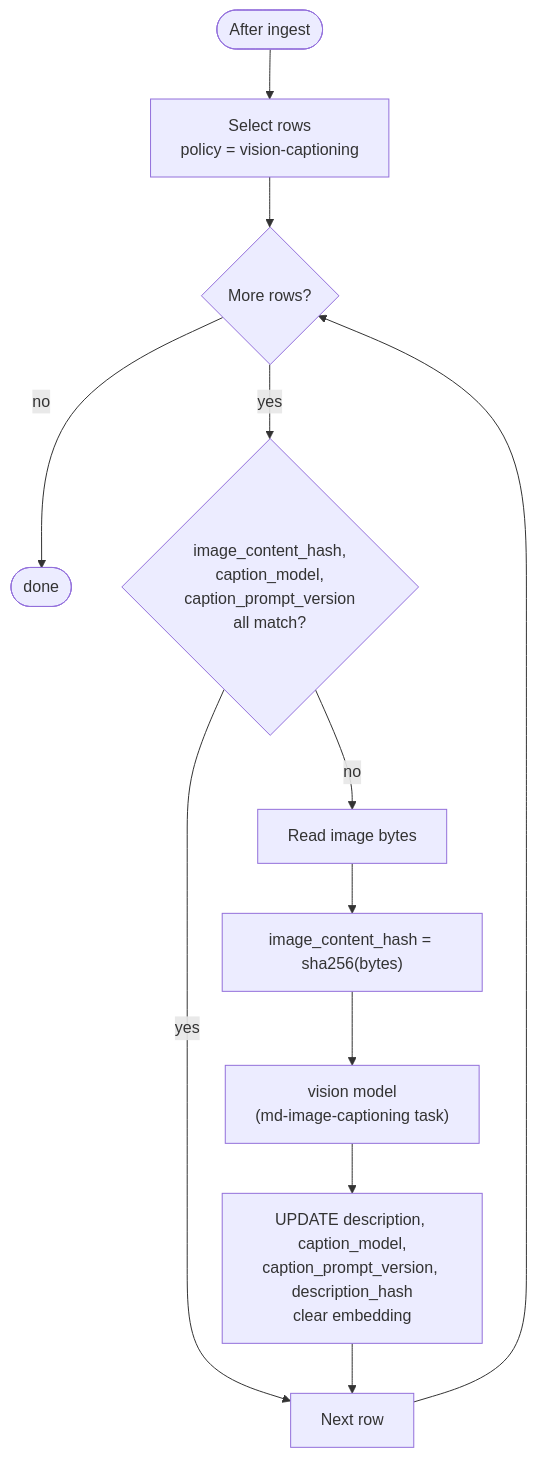
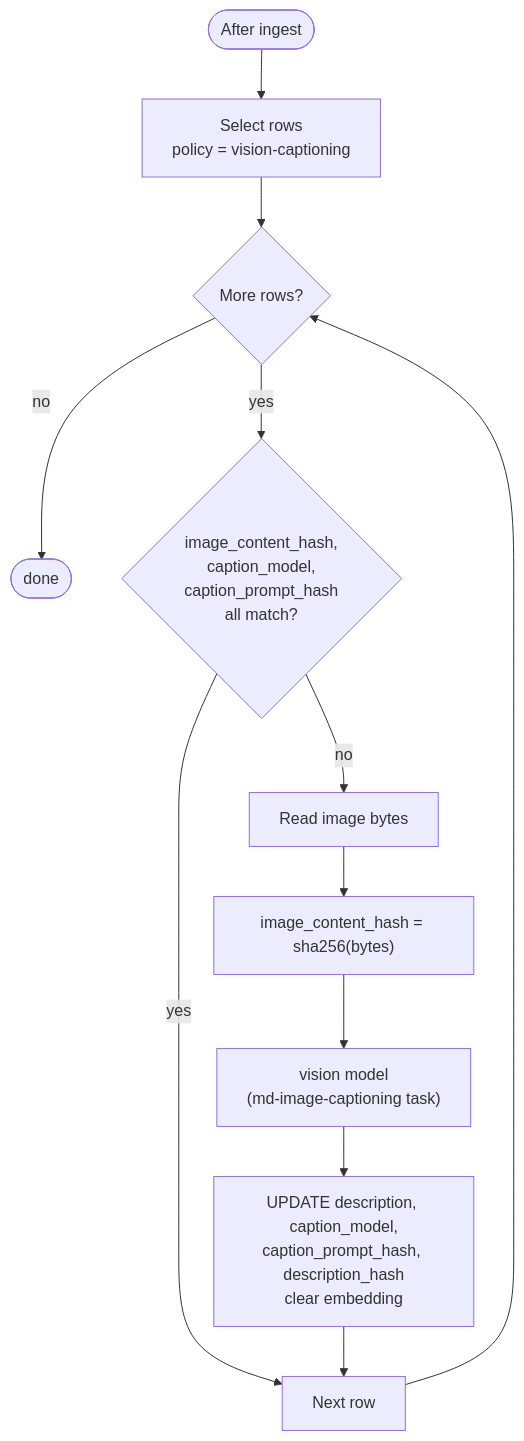
Before and after one commit to kyung-lee-official/neuxus: the diagram in docs/modern-knowledge-base-design/03.2-image-descriptions.md, drawn with Mermaid. The commit also changed other lines of this file and 2 other files, not shown here.

Commit message:
docs: update image description documentation to reflect changes in caption prompt handling and freshness keys

````diff
--- a/docs/modern-knowledge-base-design/03.2-image-descriptions.md
+++ b/docs/modern-knowledge-base-design/03.2-image-descriptions.md
@@ -77,17 +77,17 @@
 ```mermaid
 ---
 theme: neo-dark
 ---
 flowchart TD
   Start([After ingest]) --> Select["Select rows<br/>policy = vision-captioning"]
   Select --> More{More rows?}
   More -- no --> Done([done])
-  More -- yes --> Fresh{"image_content_hash,<br/>caption_model,<br/>caption_prompt_version<br/>all match?"}
+  More -- yes --> Fresh{"image_content_hash,<br/>caption_model,<br/>caption_prompt_hash<br/>all match?"}
   Fresh -- yes --> Next[Next row]
   Fresh -- no --> Read[Read image bytes]
   Read --> Hash["image_content_hash = sha256(bytes)"]
   Hash --> Vision["vision model<br/>(md-image-captioning task)"]
-  Vision --> Store["UPDATE description, caption_model,<br/>caption_prompt_version, description_hash<br/>clear embedding"]
+  Vision --> Store["UPDATE description, caption_model,<br/>caption_prompt_hash, description_hash<br/>clear embedding"]
   Store --> Next
   Next --> More
 ```
````
